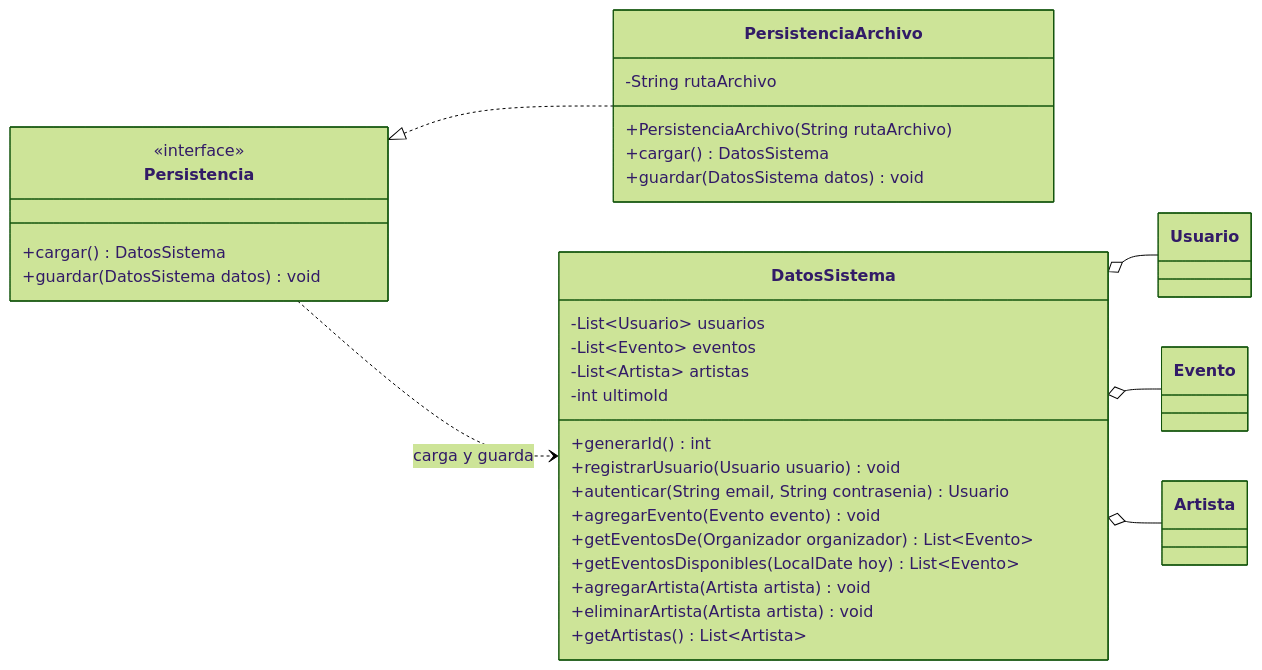
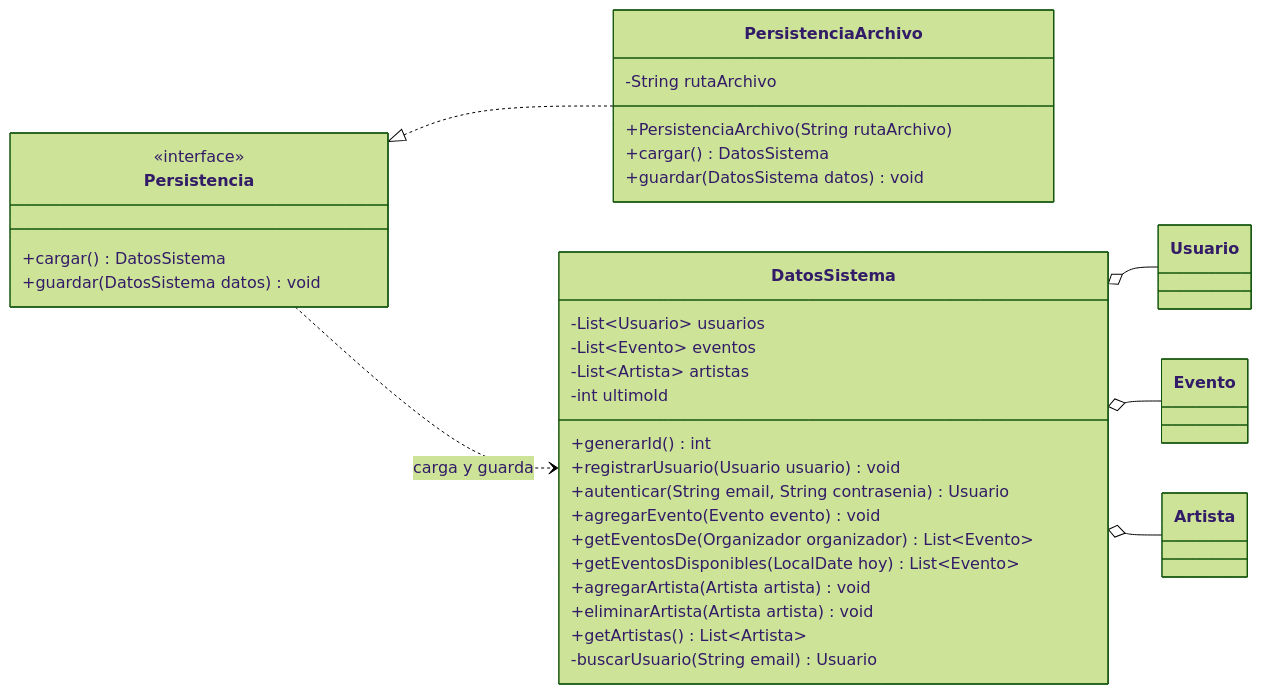
Before and after one commit to AgustinSimonenco/gestion-eventos-musicales: the third of 4 diagrams in docs/diseno/p6-diagrama-de-clases-modelo.md, drawn with Mermaid (forest theme). The commit also changed other lines of this file and 3 other files, not shown here.

````diff
--- a/docs/diseno/p6-diagrama-de-clases-modelo.md
+++ b/docs/diseno/p6-diagrama-de-clases-modelo.md
@@ -317,39 +337,40 @@
 ```mermaid
 classDiagram
     direction LR
 
     class Persistencia {
         <<interface>>
         +cargar() DatosSistema
         +guardar(DatosSistema datos) void
     }
 
     class PersistenciaArchivo {
         -String rutaArchivo
         +PersistenciaArchivo(String rutaArchivo)
         +cargar() DatosSistema
         +guardar(DatosSistema datos) void
     }
 
     class DatosSistema {
         -List~Usuario~ usuarios
         -List~Evento~ eventos
         -List~Artista~ artistas
         -int ultimoId
         +generarId() int
         +registrarUsuario(Usuario usuario) void
         +autenticar(String email, String contrasenia) Usuario
         +agregarEvento(Evento evento) void
         +getEventosDe(Organizador organizador) List~Evento~
         +getEventosDisponibles(LocalDate hoy) List~Evento~
         +agregarArtista(Artista artista) void
         +eliminarArtista(Artista artista) void
         +getArtistas() List~Artista~
+        -buscarUsuario(String email) Usuario
     }
 
     Persistencia <|.. PersistenciaArchivo
     Persistencia ..> DatosSistema : carga y guarda
     DatosSistema o-- Usuario
     DatosSistema o-- Evento
     DatosSistema o-- Artista
 ```
````
